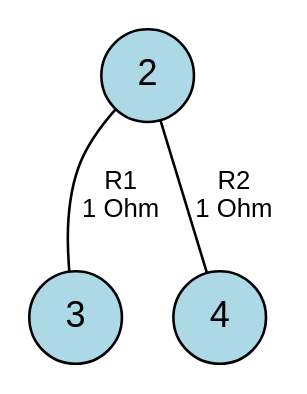
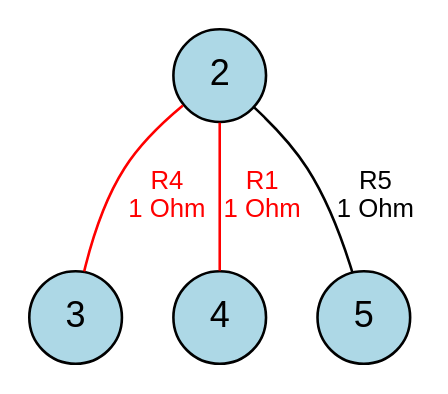
Before and after one commit to francescofoglia0/CircuitsProject: the diagram in BuildProject/coalbero.dot, drawn with Graphviz. The commit also changed 22 other files, not shown here.

```diff
--- a/BuildProject/coalbero.dot
+++ b/BuildProject/coalbero.dot
@@ -1,8 +1,9 @@
 graph Circuito {
     // Stile dei nodi e degli archi
     node [shape=circle, style=filled, fillcolor=lightblue, fontname="Helvetica"];
     edge [fontname="Helvetica", fontsize=10];
 
-    2 -- 3 [label="R1\n1 Ohm"];
-    2 -- 4 [label="R2\n1 Ohm"];
+    2 -- 3 [label="R4\n1 Ohm", color="red", fontcolor="red"];
+    2 -- 4 [label="R1\n1 Ohm", color="red", fontcolor="red"];
+    2 -- 5 [label="R5\n1 Ohm"];
 }
```
